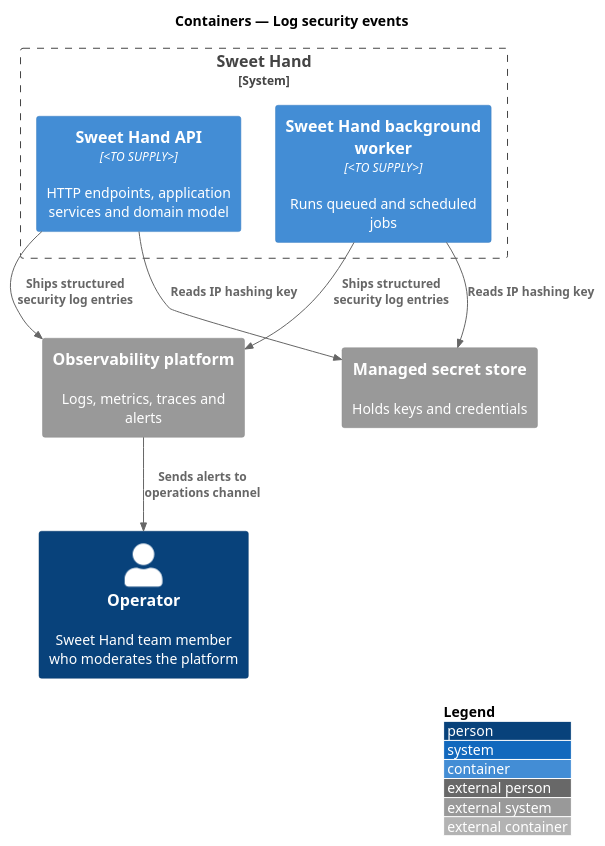
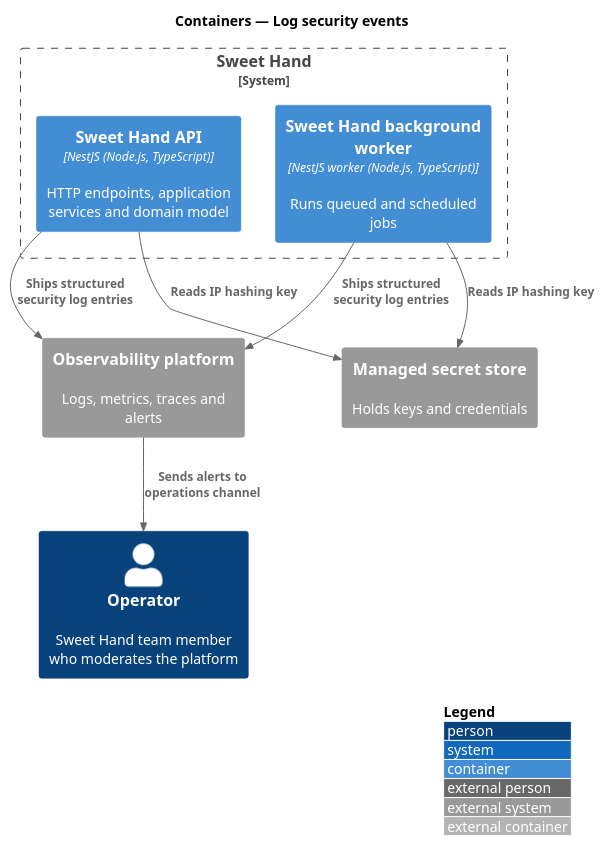
One commit to QuinntyneBrown/sweet-hand changed the diagram in docs/detailed-designs/identity-and-security/log-security-events/diagrams/c4-container.puml. Above: the diagram before and after it, drawn with PlantUML. The commit also changed 39 other files, not shown here.

```diff
--- a/docs/detailed-designs/identity-and-security/log-security-events/diagrams/c4-container.puml
+++ b/docs/detailed-designs/identity-and-security/log-security-events/diagrams/c4-container.puml
@@ -1,19 +1,19 @@
 @startuml
 !include <C4/C4_Container>
 LAYOUT_WITH_LEGEND()
 title Containers — Log security events
 
 Person(operator, "Operator", "Sweet Hand team member who moderates the platform")
 System_Boundary(sweethand, "Sweet Hand") {
-  Container(api, "Sweet Hand API", "<TO SUPPLY>", "HTTP endpoints, application services and domain model")
-  Container(worker, "Sweet Hand background worker", "<TO SUPPLY>", "Runs queued and scheduled jobs")
+  Container(api, "Sweet Hand API", "NestJS (Node.js, TypeScript)", "HTTP endpoints, application services and domain model")
+  Container(worker, "Sweet Hand background worker", "NestJS worker (Node.js, TypeScript)", "Runs queued and scheduled jobs")
 }
 System_Ext(obs, "Observability platform", "Logs, metrics, traces and alerts")
 System_Ext(secrets, "Managed secret store", "Holds keys and credentials")
 
 Rel(api, secrets, "Reads IP hashing key")
 Rel(worker, secrets, "Reads IP hashing key")
 Rel(api, obs, "Ships structured security log entries")
 Rel(worker, obs, "Ships structured security log entries")
 Rel(obs, operator, "Sends alerts to operations channel")
 @enduml
```
